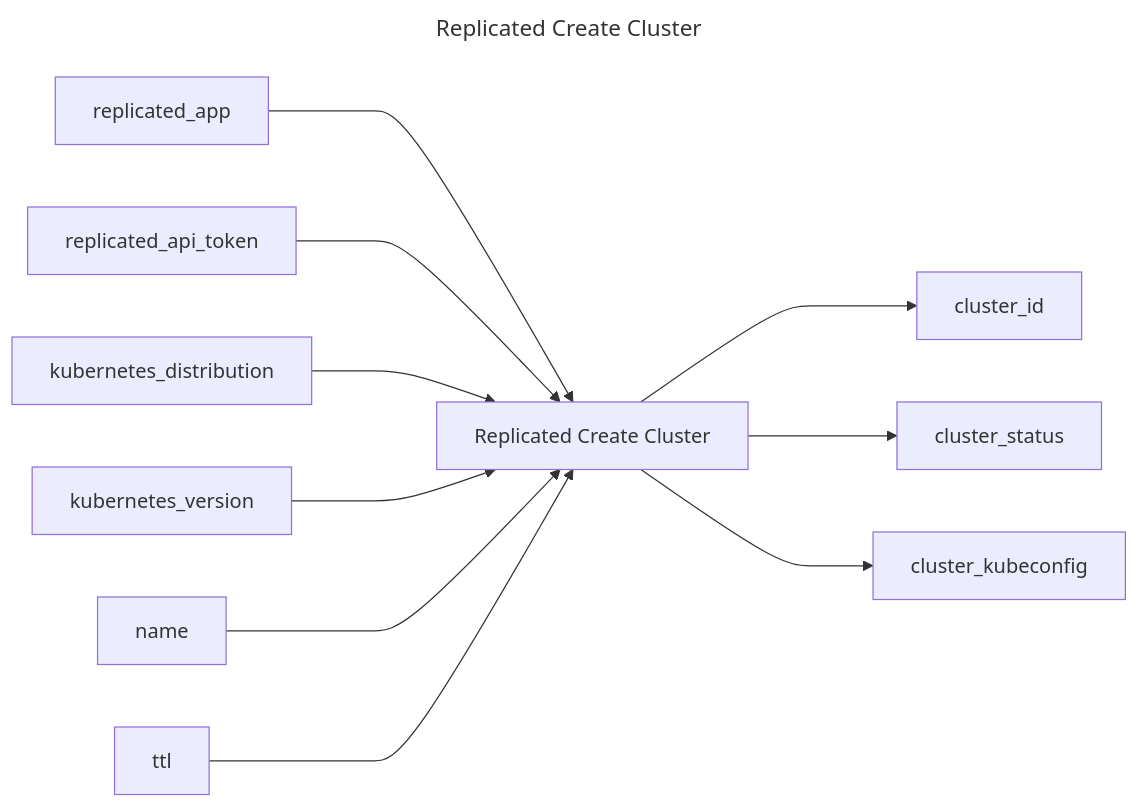
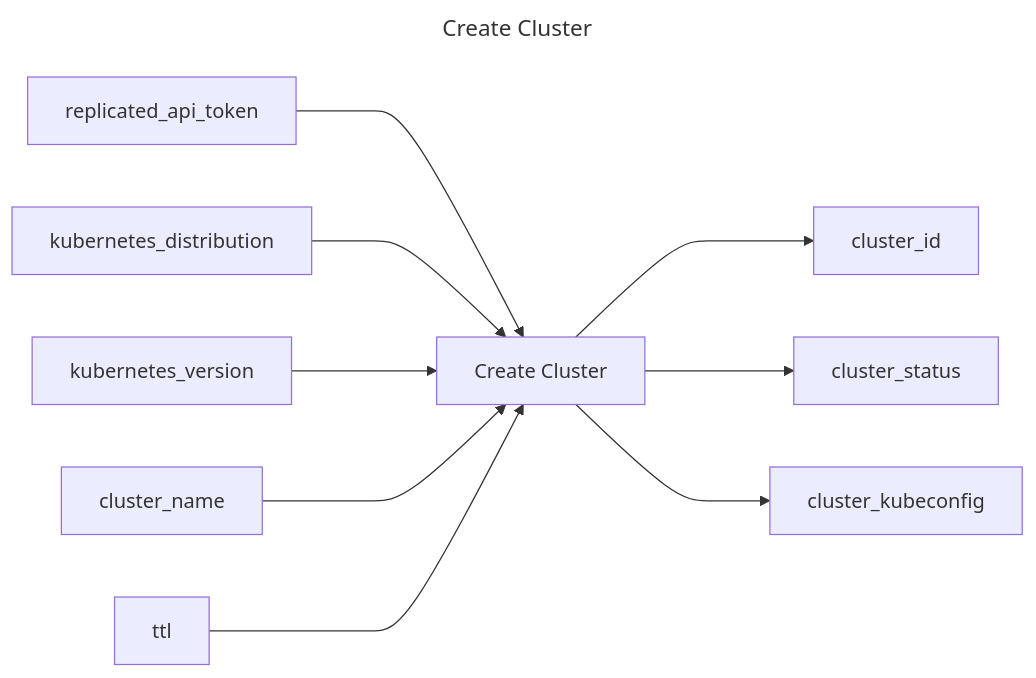
Before and after one commit to replicatedhq/replicated-actions: the diagram in create-cluster/README.md, drawn with Mermaid. The commit also changed other lines of this file and 5 other files, not shown here.

````diff
--- a/create-cluster/README.md
+++ b/create-cluster/README.md
@@ -8,16 +3,15 @@
 ```mermaid
 ---
-title: Replicated Create Cluster
+title: Create Cluster
 ---
 graph LR
-replicated_create_cluster["Replicated Create Cluster"]
-replicated_app ---> replicated_create_cluster
-replicated_api_token ---> replicated_create_cluster
-kubernetes_distribution ---> replicated_create_cluster
-kubernetes_version ---> replicated_create_cluster
-name ---> replicated_create_cluster
-ttl ---> replicated_create_cluster
-replicated_create_cluster ---> cluster_id
-replicated_create_cluster ---> cluster_status
-replicated_create_cluster ---> cluster_kubeconfig
+create_cluster["Create Cluster"]
+replicated_api_token ---> create_cluster
+kubernetes_distribution ---> create_cluster
+kubernetes_version ---> create_cluster
+cluster_name ---> create_cluster
+ttl ---> create_cluster
+create_cluster ---> cluster_id
+create_cluster ---> cluster_status
+create_cluster ---> cluster_kubeconfig
 ```
````
